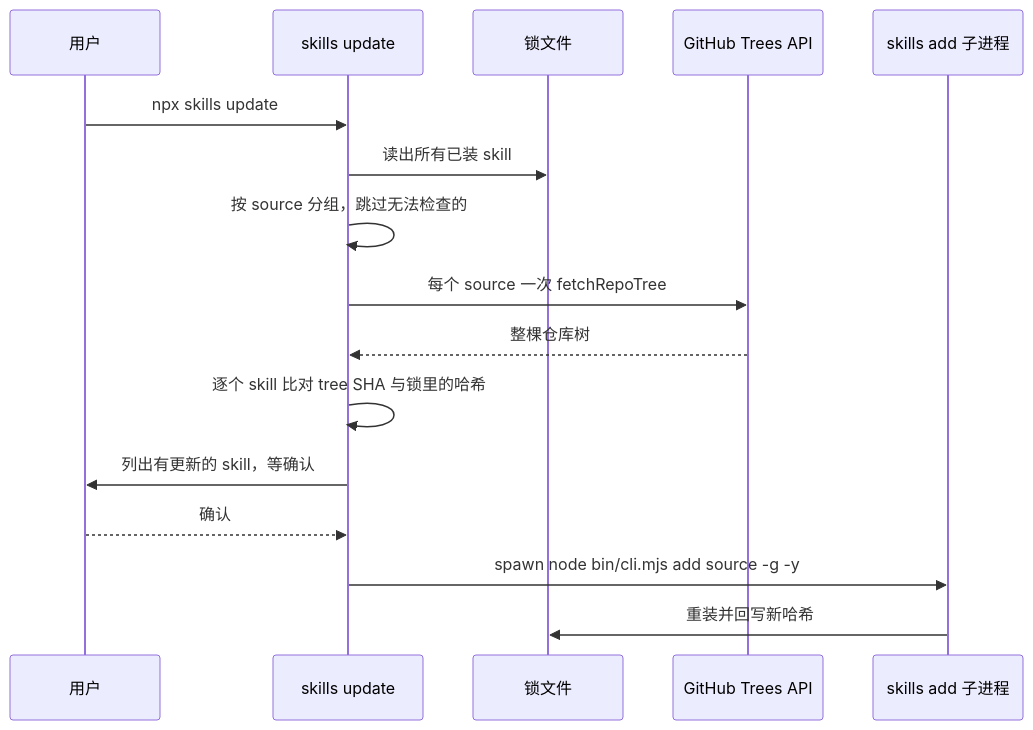
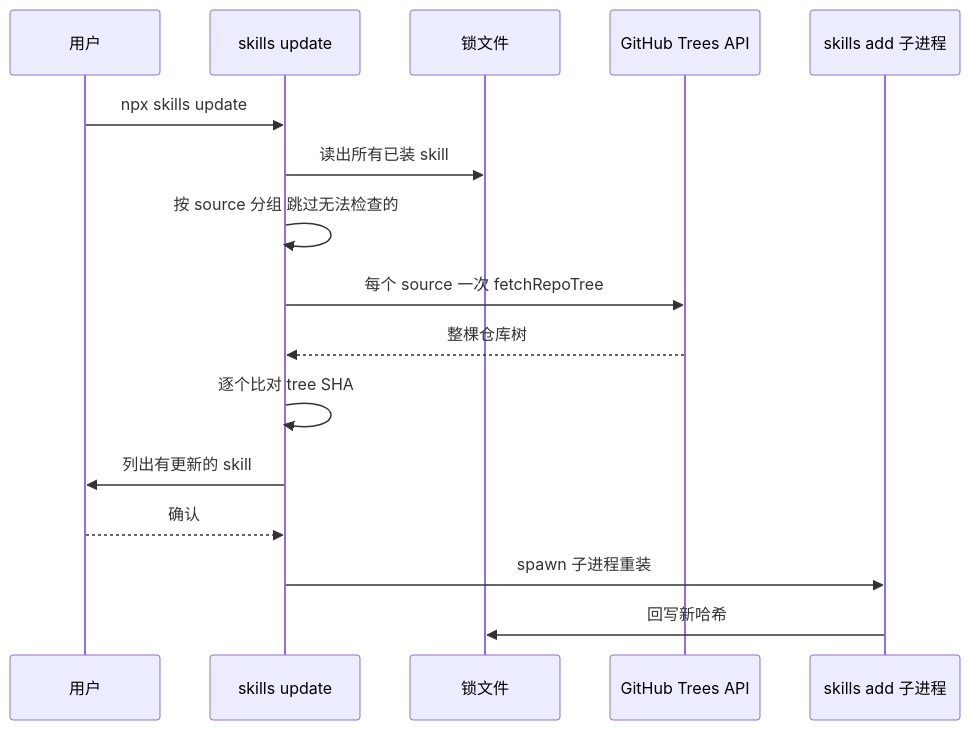
The fourth of 6 diagrams in book/07-vercel-skills.md (diguike/book-source-reading), drawn with Mermaid before and after one commit. The commit also changed other lines of this file, not shown here.

````diff
--- a/book/07-vercel-skills.md
+++ b/book/07-vercel-skills.md
@@ -639,19 +515,19 @@
 ```mermaid
 sequenceDiagram
     participant U as 用户
     participant C as skills update
     participant L as 锁文件
     participant G as GitHub Trees API
     participant A as skills add 子进程
 
     U->>C: npx skills update
     C->>L: 读出所有已装 skill
-    C->>C: 按 source 分组，跳过无法检查的
+    C->>C: 按 source 分组 跳过无法检查的
     C->>G: 每个 source 一次 fetchRepoTree
     G-->>C: 整棵仓库树
-    C->>C: 逐个 skill 比对 tree SHA 与锁里的哈希
-    C->>U: 列出有更新的 skill，等确认
+    C->>C: 逐个比对 tree SHA
+    C->>U: 列出有更新的 skill
     U-->>C: 确认
-    C->>A: spawn node bin/cli.mjs add source -g -y
-    A->>L: 重装并回写新哈希
+    C->>A: spawn 子进程重装
+    A->>L: 回写新哈希
 ```
````
